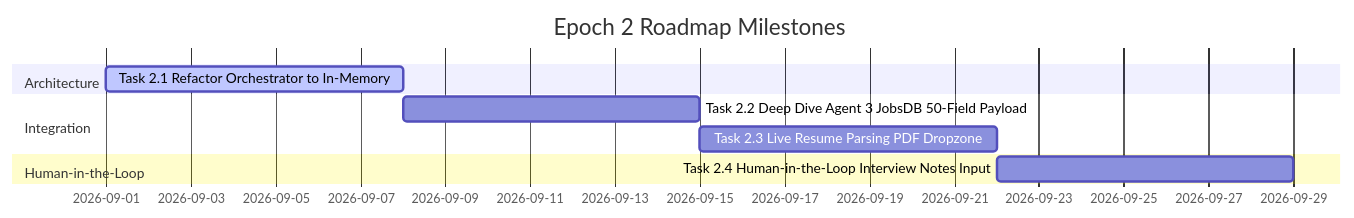
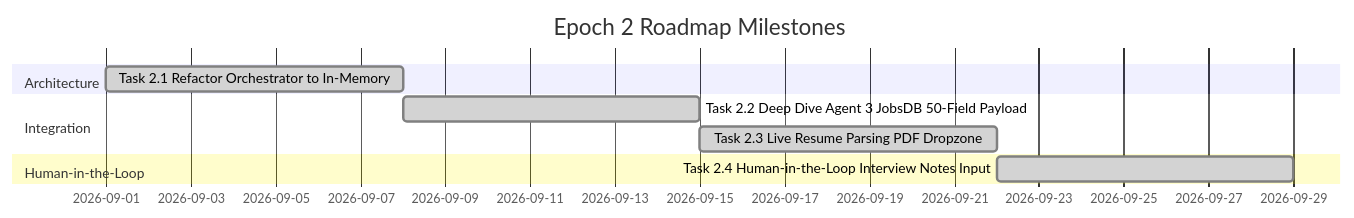
The second of 2 diagrams in docs/EPOCH_ROADMAP.md (rongrithp/10-agent-hr-pipeline), drawn with Mermaid before and after one commit. The commit also changed other lines of this file and 1 other file, not shown here.

Commit message:
feat(epoch-2): complete full platform integration with pdf parser, jobsdb kits, in-memory pipeline, and hitl feedback

````diff
--- a/docs/EPOCH_ROADMAP.md
+++ b/docs/EPOCH_ROADMAP.md
@@ -75,12 +75,12 @@
 ```mermaid
 gantt
     title Epoch 2 Roadmap Milestones
     dateFormat  YYYY-MM-DD
     section Architecture
-    Task 2.1 Refactor Orchestrator to In-Memory     :active, 2026-09-01, 7d
+    Task 2.1 Refactor Orchestrator to In-Memory     :done, 2026-09-01, 7d
     section Integration
-    Task 2.2 Deep Dive Agent 3 JobsDB 50-Field Payload :2026-09-08, 7d
-    Task 2.3 Live Resume Parsing PDF Dropzone       :2026-09-15, 7d
+    Task 2.2 Deep Dive Agent 3 JobsDB 50-Field Payload :done, 2026-09-08, 7d
+    Task 2.3 Live Resume Parsing PDF Dropzone       :done, 2026-09-15, 7d
     section Human-in-the-Loop
-    Task 2.4 Human-in-the-Loop Interview Notes Input :2026-09-22, 7d
+    Task 2.4 Human-in-the-Loop Interview Notes Input :done, 2026-09-22, 7d
 ```
````
